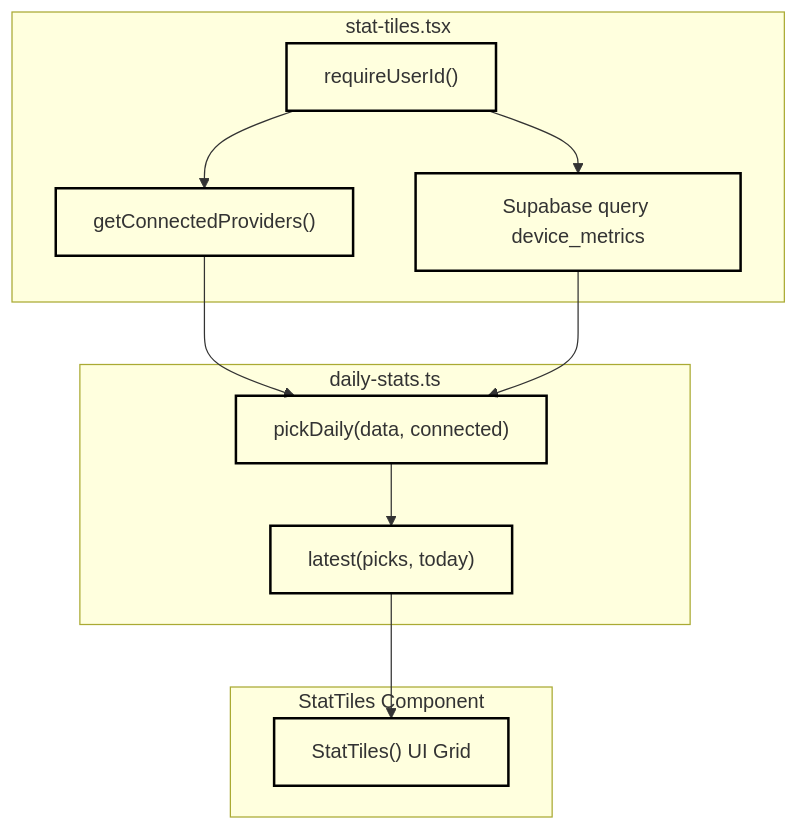
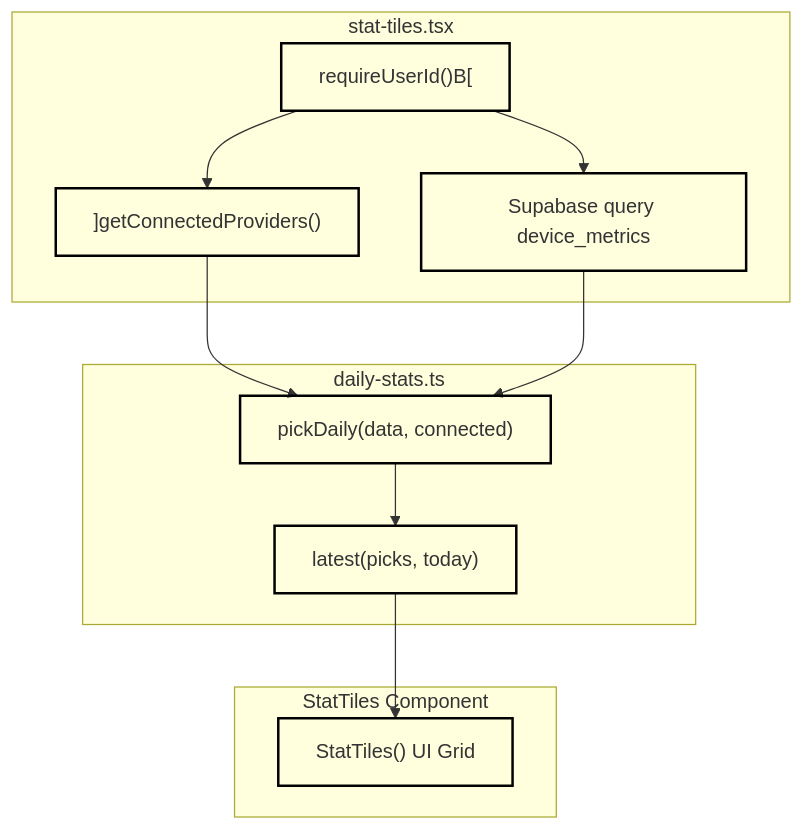
The second of 2 diagrams in pages/3.5-charts-data-visualization.md (jarrettheflin/immune-fit-Devin-Wiki), drawn with Mermaid before and after one commit. The commit also changed other lines of this file and 22 other files, not shown here.

Commit message:
Repair Mermaid syntax so all 67 diagrams render on GitHub

````diff
--- a/pages/3.5-charts-data-visualization.md
+++ b/pages/3.5-charts-data-visualization.md
@@ -101,21 +101,21 @@
 ```mermaid
 graph TD
   subgraph DataFetching ["stat-tiles.tsx"]
-    A["requireUserId()"] --> B["getConnectedProviders()"]
+    A["requireUserId()B["] --> B["]getConnectedProviders()"]
     A --> C["Supabase query device_metrics"]
   end
   subgraph Aggregation ["daily-stats.ts"]
     B --> D["pickDaily(data, connected)"]
     C --> D
     D --> E["latest(picks, today)"]
   end
   subgraph Rendering ["StatTiles Component"]
     E --> F["StatTiles() UI Grid"]
   end
   style A fill:none,stroke:#000,stroke-width:2px
   style B fill:none,stroke:#000,stroke-width:2px
   style C fill:none,stroke:#000,stroke-width:2px
   style D fill:none,stroke:#000,stroke-width:2px
   style E fill:none,stroke:#000,stroke-width:2px
   style F fill:none,stroke:#000,stroke-width:2px
 ```
````
